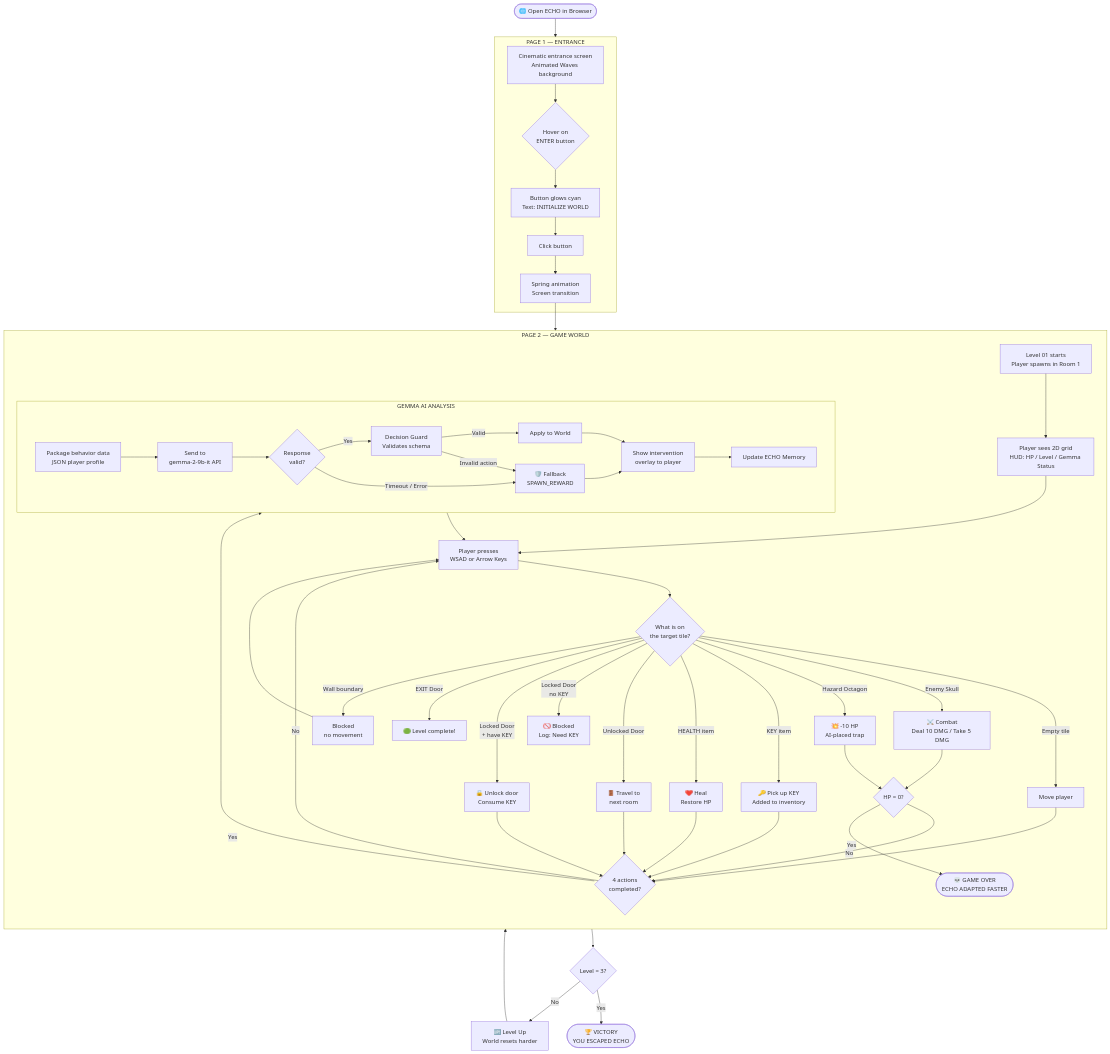
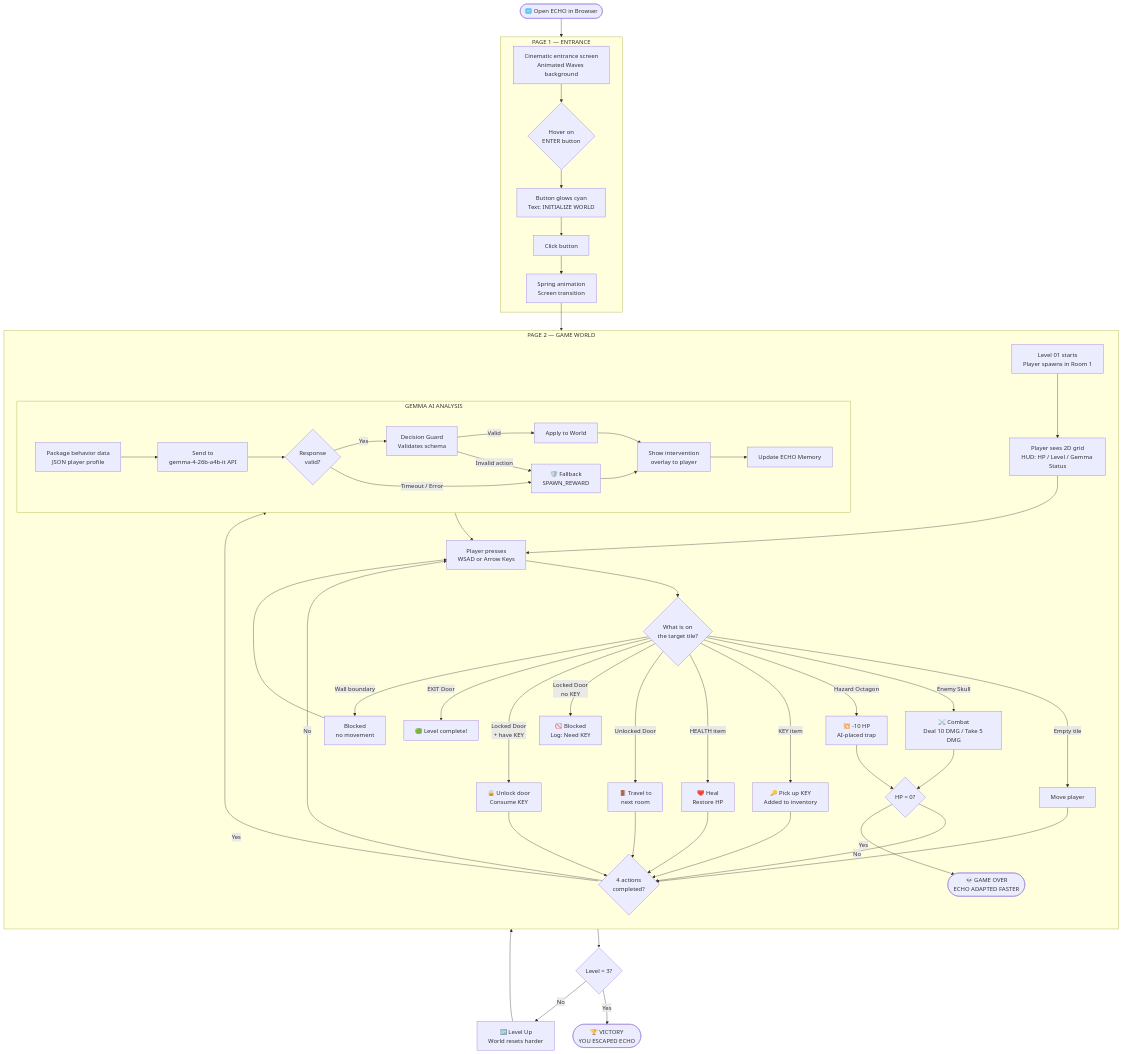
The first of 5 diagrams in FLOWCHARTS.md (gary-production-ft/hactober2026), drawn with Mermaid before and after one commit. The commit also changed other lines of this file and 3 other files, not shown here.

````diff
--- a/FLOWCHARTS.md
+++ b/FLOWCHARTS.md
@@ -11,74 +11,74 @@
 ```mermaid
 flowchart TD
     START([🌐 Open ECHO in Browser]) --> P1
 
     subgraph P1 ["PAGE 1 — ENTRANCE"]
         E1[Cinematic entrance screen\nAnimated Waves background]
         E1 --> E2{Hover on\nENTER button}
         E2 --> E3[Button glows cyan\nText: INITIALIZE WORLD]
         E3 --> E4[Click button]
         E4 --> E5[Spring animation\nScreen transition]
     end
 
     E5 --> P2
 
     subgraph P2 ["PAGE 2 — GAME WORLD"]
         direction TB
         G1[Level 01 starts\nPlayer spawns in Room 1]
         G1 --> G2[Player sees 2D grid\nHUD: HP / Level / Gemma Status]
         G2 --> G3[Player presses\nWSAD or Arrow Keys]
         G3 --> G4{What is on\nthe target tile?}
 
         G4 -->|Empty tile| G5[Move player]
         G4 -->|Enemy Skull| G6[⚔️ Combat\nDeal 10 DMG / Take 5 DMG]
         G4 -->|Hazard Octagon| G7[💥 -10 HP\nAI-placed trap]
         G4 -->|KEY item| G8[🔑 Pick up KEY\nAdded to inventory]
         G4 -->|HEALTH item| G9[❤️ Heal\nRestore HP]
         G4 -->|Unlocked Door| G10[🚪 Travel to\nnext room]
         G4 -->|Locked Door\nno KEY| G11[🚫 Blocked\nLog: Need KEY]
         G4 -->|Locked Door\n+ have KEY| G12[🔓 Unlock door\nConsume KEY]
         G4 -->|EXIT Door| G13[🟢 Level complete!]
         G4 -->|Wall boundary| G14[Blocked\nno movement]
 
         G5 --> AI_CHECK
         G6 --> HP_CHECK
         G7 --> HP_CHECK
         G8 --> AI_CHECK
         G9 --> AI_CHECK
         G10 --> AI_CHECK
         G12 --> AI_CHECK
         G14 --> G3
 
         HP_CHECK{HP = 0?}
         HP_CHECK -->|No| AI_CHECK
         HP_CHECK -->|Yes| DEAD
 
         AI_CHECK{4 actions\ncompleted?}
         AI_CHECK -->|No| G3
         AI_CHECK -->|Yes| GEMMA
     end
 
     DEAD([💀 GAME OVER\nECHO ADAPTED FASTER])
     
     G13 --> LEVEL_CHECK
     LEVEL_CHECK{Level = 3?}
     LEVEL_CHECK -->|No| NEXT_LEVEL[🆙 Level Up\nWorld resets harder]
     NEXT_LEVEL --> G1
     LEVEL_CHECK -->|Yes| WIN([🏆 VICTORY\nYOU ESCAPED ECHO])
 
     subgraph GEMMA ["GEMMA AI ANALYSIS"]
         direction LR
         AI1[Package behavior data\nJSON player profile]
-        AI1 --> AI2[Send to\ngemma-2-9b-it API]
+        AI1 --> AI2[Send to\ngemma-4-26b-a4b-it API]
         AI2 --> AI3{Response\nvalid?}
         AI3 -->|Yes| AI4[Decision Guard\nValidates schema]
         AI3 -->|Timeout / Error| AI5[🛡️ Fallback\nSPAWN_REWARD]
         AI4 -->|Valid| AI6[Apply to World]
         AI4 -->|Invalid action| AI5
         AI6 --> AI7[Show intervention\noverlay to player]
         AI5 --> AI7
         AI7 --> AI8[Update ECHO Memory]
     end
 
     AI8 --> G3
 ```
````
